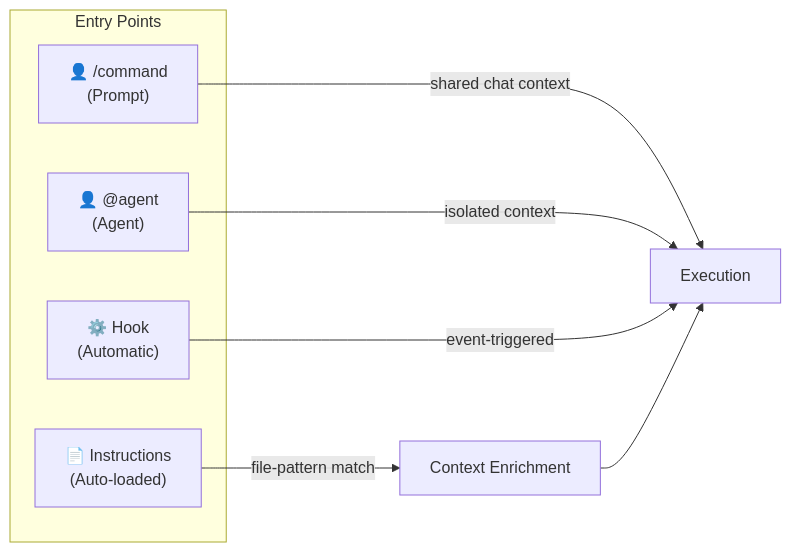
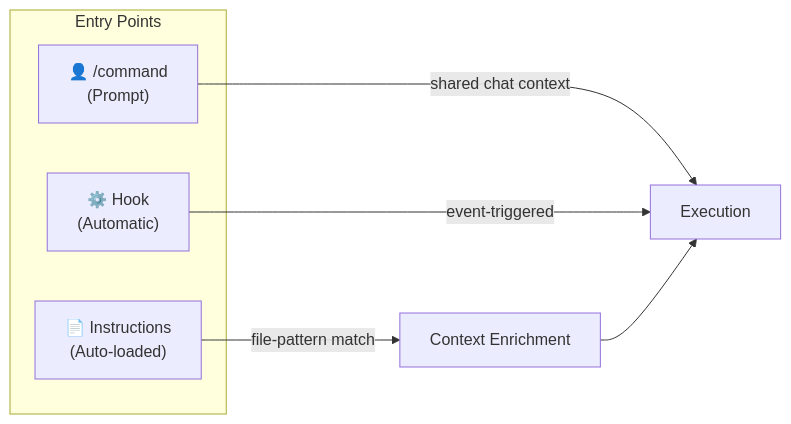
The first of 2 diagrams in .github/copilot-instructions.md (jwmunn/copilot-config), drawn with Mermaid before and after one commit. The commit also changed other lines of this file and 8 other files, not shown here.

````diff
--- a/.github/copilot-instructions.md
+++ b/.github/copilot-instructions.md
@@ -244,15 +264,13 @@
 ```mermaid
 graph LR
     subgraph "Entry Points"
         EP1["👤 /command<br/>(Prompt)"]
-        EP2["👤 @agent<br/>(Agent)"]
         EP3["⚙️ Hook<br/>(Automatic)"]
         EP4["📄 Instructions<br/>(Auto-loaded)"]
     end
 
     EP1 -->|"shared chat context"| EXEC["Execution"]
-    EP2 -->|"isolated context"| EXEC
     EP3 -->|"event-triggered"| EXEC
     EP4 -->|"file-pattern match"| CTX["Context Enrichment"]
     CTX --> EXEC
 ```
````
